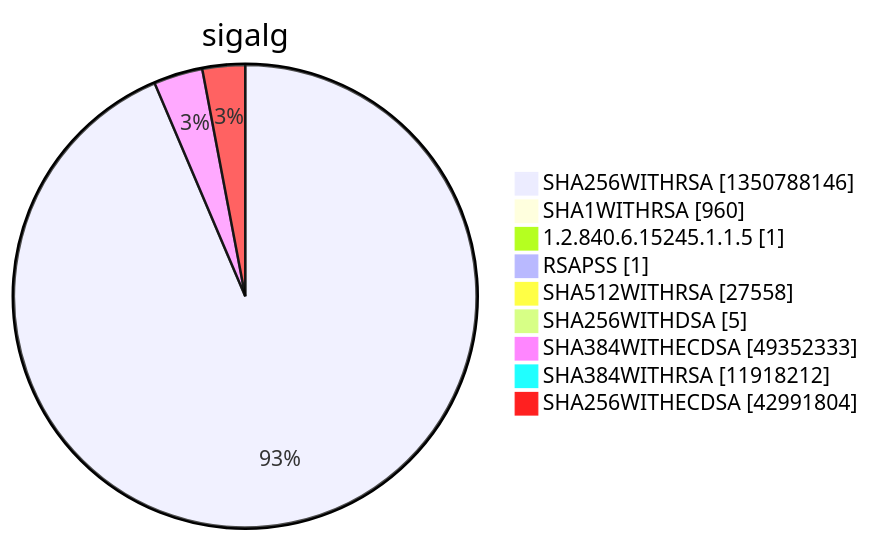
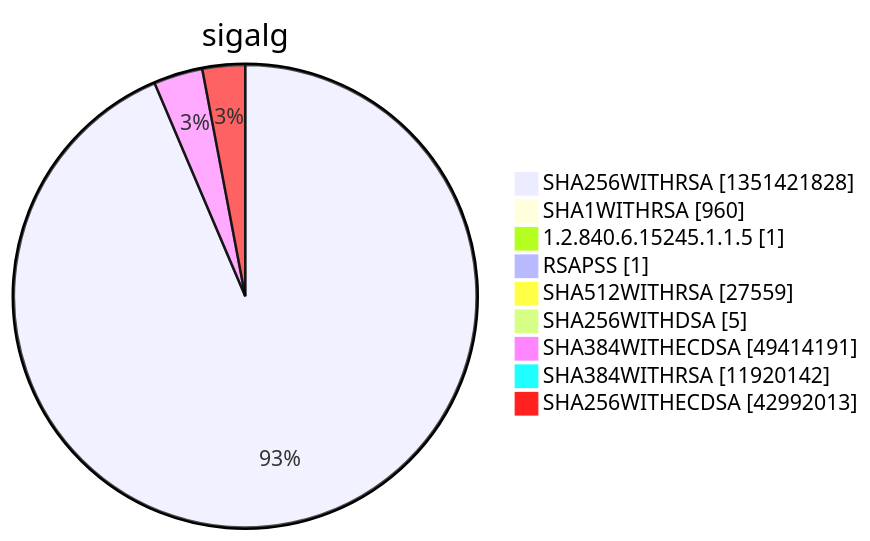
One commit to christiankrug/ctmonitor_visualization changed diagram 15 of 15 in argon2022/README.md. Above: the diagram before and after it, drawn with Mermaid. The commit also changed other lines of this file, not shown here.

````diff
--- a/argon2022/README.md
+++ b/argon2022/README.md
@@ -5524,13 +5524,13 @@
 ```mermaid
 pie showData
 title sigalg
-"SHA256WITHRSA" :1350788146
+"SHA256WITHRSA" :1351421828
 "SHA1WITHRSA" :960
 "1.2.840.6.15245.1.1.5" :1
 "RSAPSS" :1
-"SHA512WITHRSA" :27558
+"SHA512WITHRSA" :27559
 "SHA256WITHDSA" :5
-"SHA384WITHECDSA" :49352333
-"SHA384WITHRSA" :11918212
-"SHA256WITHECDSA" :42991804
+"SHA384WITHECDSA" :49414191
+"SHA384WITHRSA" :11920142
+"SHA256WITHECDSA" :42992013
 ```
````
